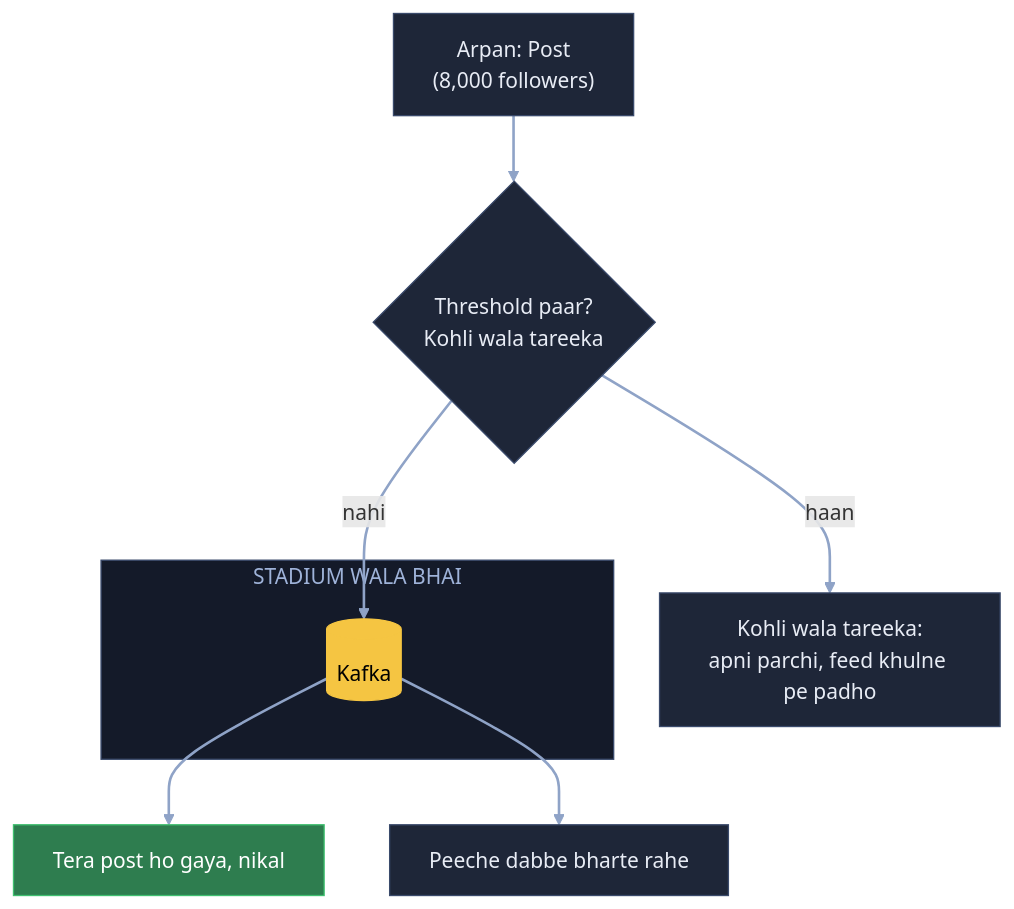
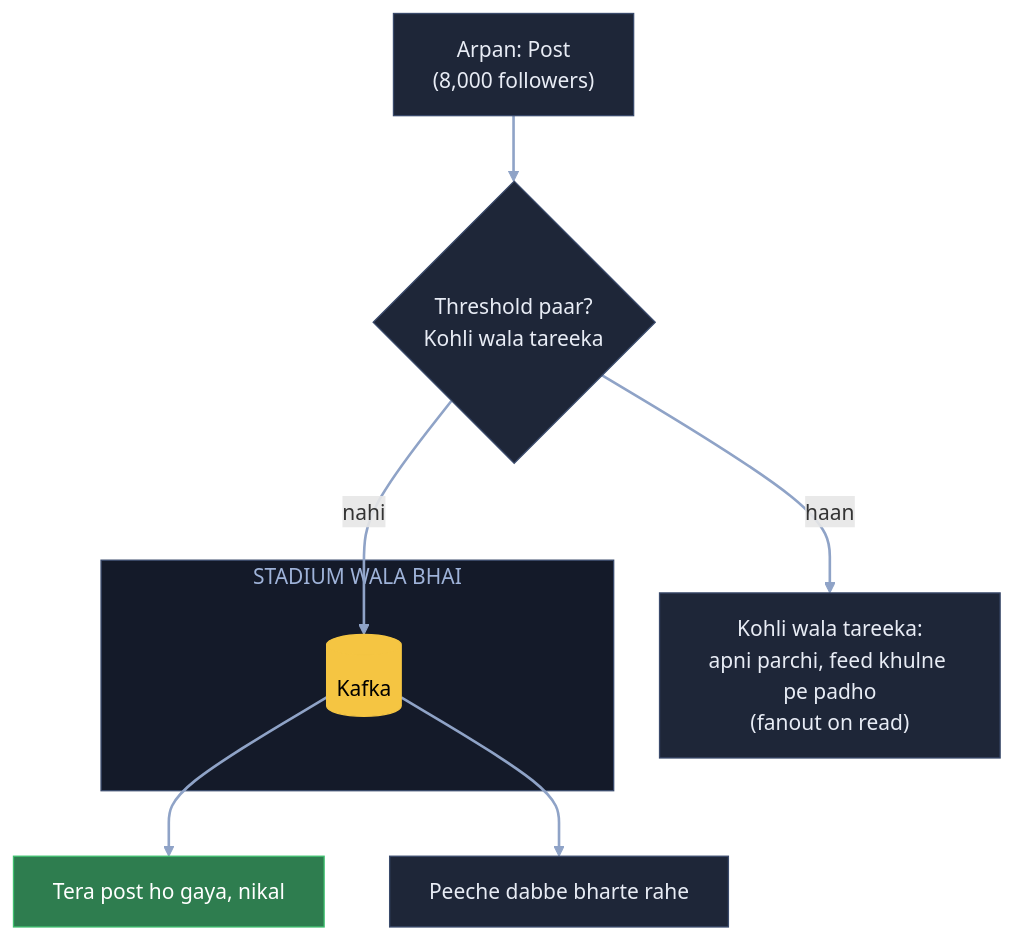
The fourth of 21 diagrams in 04_HLD/SYSTEM_DESIGNS/03_twitter_feed/03_twitter_feed.md (ArpanMaheshwari144/Prep), drawn with Mermaid before and after one commit. The commit also changed other lines of this file and 22 other files, not shown here.

Commit message:
Diagram: sirf kahani ke dohraaye shabd pe bracket, us jagah notes wala matlab (207 label)

````diff
--- a/04_HLD/SYSTEM_DESIGNS/03_twitter_feed/03_twitter_feed.md
+++ b/04_HLD/SYSTEM_DESIGNS/03_twitter_feed/03_twitter_feed.md
@@ -190,22 +190,22 @@
 ```mermaid
 flowchart TB
     A["Arpan: Post<br/>(8,000 followers)"]:::card
     T{"Threshold paar?<br/>Kohli wala tareeka"}:::card
     subgraph SB["STADIUM WALA BHAI"]
         K[("Kafka")]:::pill
     end
     OK["Tera post ho gaya, nikal"]:::good
     W["Peeche dabbe bharte rahe"]:::card
-    C["Kohli wala tareeka:<br/>apni parchi, feed khulne pe padho"]:::card
+    C["Kohli wala tareeka:<br/>apni parchi, feed khulne pe padho<br/>(fanout on read)"]:::card
     A --> T
     T -- "nahi" --> K
     T -- "haan" --> C
     K --> OK
     K --> W
     linkStyle default stroke:#8fa3c7,stroke-width:2px
     classDef card fill:#1e2638,stroke:#3a4a6b,color:#e8ecf5
     classDef pill fill:#f5c542,stroke:#f5c542,color:#000
     classDef good fill:#2e7d4f,stroke:#3fbf6f,color:#fff
     classDef bad fill:#5c1f24,stroke:#e05561,color:#fff
     style SB fill:#141a29,stroke:#3a4a6b,color:#9fb3d9
 ```
````
